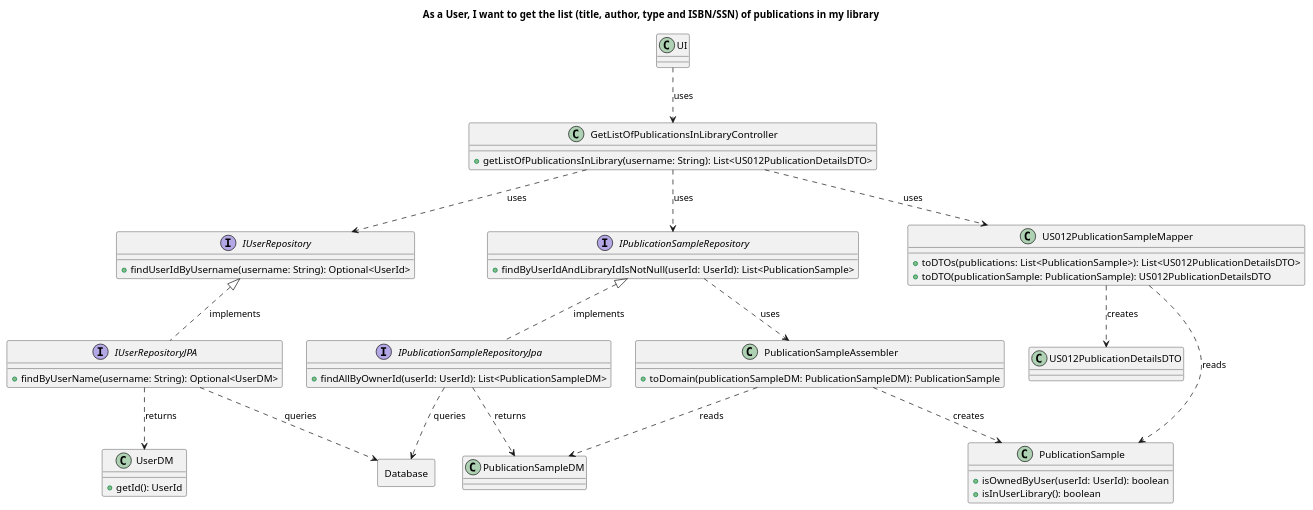
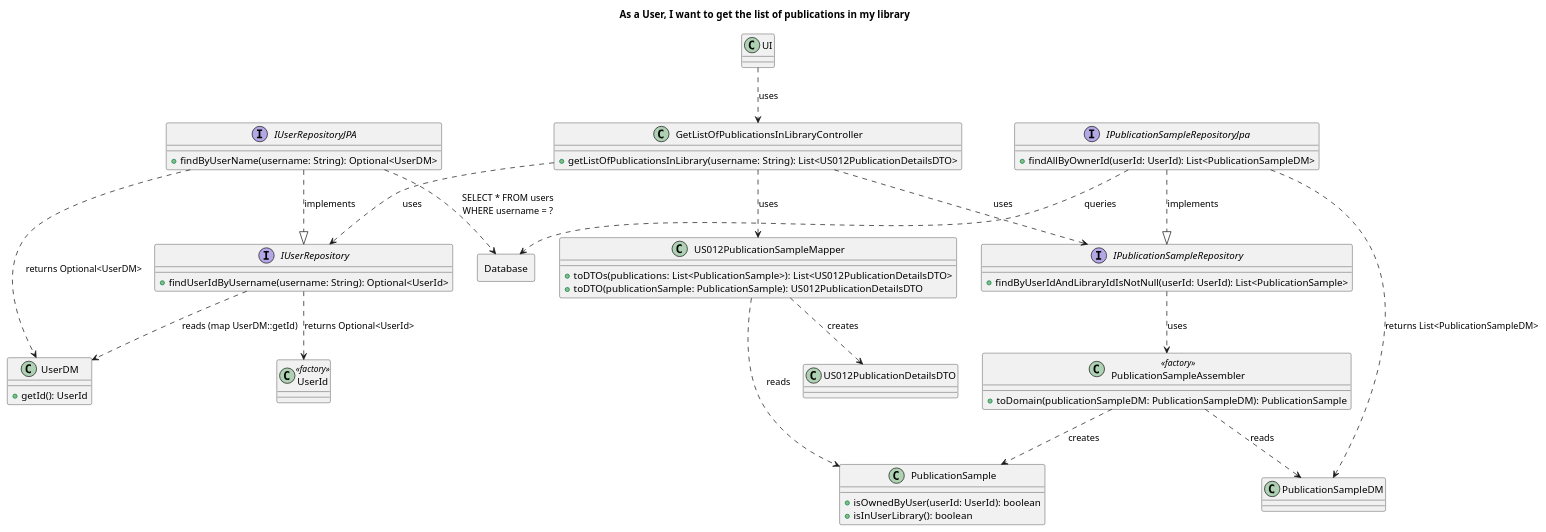
One commit to AndrePereiraGitH/SWitCH-Project-Team_A changed the diagram in Diagrams/ClassDiagrams/To-get-list-of-publications-In-My-Library.puml. Above: the diagram before and after it, drawn with PlantUML. The commit also changed 4 other files, not shown here.

Commit message:
refactor #674: Added PublicationSampleFactory to CD and SD

```diff
--- a/Diagrams/ClassDiagrams/To-get-list-of-publications-In-My-Library.puml
+++ b/Diagrams/ClassDiagrams/To-get-list-of-publications-In-My-Library.puml
@@ -1,98 +1,104 @@
 @startuml
-title As a User, I want to get the list (title, author, type and ISBN/SSN) of publications in my library
+title As a User, I want to get the list of publications in my library
 
 ' ─────────────────────────────────────────
 '  Presentation layer
 ' ─────────────────────────────────────────
 class UI {
 }
 
 ' ─────────────────────────────────────────
 '  Controller
 ' ─────────────────────────────────────────
 class GetListOfPublicationsInLibraryController {
     + getListOfPublicationsInLibrary(username: String): List<US012PublicationDetailsDTO>
 }
 
 ' ─────────────────────────────────────────
 '  User side
 ' ─────────────────────────────────────────
 interface IUserRepository {
     + findUserIdByUsername(username: String): Optional<UserId>
 }
 
 interface IUserRepositoryJPA {
     + findByUserName(username: String): Optional<UserDM>
 }
 
 class UserDM {
     + getId(): UserId
 }
 
+class UserId <<factory>> {
+}
+
 ' ─────────────────────────────────────────
 '  Publication side
 ' ─────────────────────────────────────────
 interface IPublicationSampleRepository {
     + findByUserIdAndLibraryIdIsNotNull(userId: UserId): List<PublicationSample>
 }
 
 interface IPublicationSampleRepositoryJpa {
     + findAllByOwnerId(userId: UserId): List<PublicationSampleDM>
 }
 
-class PublicationSampleAssembler {
+class PublicationSampleAssembler <<factory>> {
     + toDomain(publicationSampleDM: PublicationSampleDM): PublicationSample
 }
 
 class PublicationSample {
     + isOwnedByUser(userId: UserId): boolean
     + isInUserLibrary(): boolean
 }
 
 class PublicationSampleDM {
 }
 
 ' ─────────────────────────────────────────
 '  Mapper / DTO
 ' ─────────────────────────────────────────
 class US012PublicationSampleMapper {
     + toDTOs(publications: List<PublicationSample>): List<US012PublicationDetailsDTO>
     + toDTO(publicationSample: PublicationSample): US012PublicationDetailsDTO
 }
 
 class US012PublicationDetailsDTO {
 }
 
 ' ─────────────────────────────────────────
 '  Database
 ' ─────────────────────────────────────────
 rectangle Database {
 }
 
 ' ─────────────────────────────────────────
 '  Relationships
 ' ─────────────────────────────────────────
 
-UI ..> GetListOfPublicationsInLibraryController: uses
+UI ..> GetListOfPublicationsInLibraryController : uses
 
-GetListOfPublicationsInLibraryController ..> IUserRepository: uses
-GetListOfPublicationsInLibraryController ..> IPublicationSampleRepository: uses
-GetListOfPublicationsInLibraryController ..> US012PublicationSampleMapper: uses
+GetListOfPublicationsInLibraryController ..> IUserRepository : uses
+GetListOfPublicationsInLibraryController ..> IPublicationSampleRepository : uses
+GetListOfPublicationsInLibraryController ..> US012PublicationSampleMapper : uses
 
-IUserRepository <|.. IUserRepositoryJPA: implements
-IUserRepositoryJPA ..> UserDM: returns
-IUserRepositoryJPA ..> Database: queries
+IUserRepositoryJPA ..|> IUserRepository : implements
+IUserRepositoryJPA ..> UserDM : returns Optional<UserDM>
+IUserRepositoryJPA ..> Database : SELECT * FROM users\nWHERE username = ?
 
-IPublicationSampleRepository <|.. IPublicationSampleRepositoryJpa: implements
-IPublicationSampleRepository ..> PublicationSampleAssembler: uses
+IUserRepository ..> UserDM : reads (map UserDM::getId)
+IUserRepository ..> UserId : returns Optional<UserId>
 
-IPublicationSampleRepositoryJpa ..> PublicationSampleDM: returns
-IPublicationSampleRepositoryJpa ..> Database: queries
+IPublicationSampleRepositoryJpa ..|> IPublicationSampleRepository : implements
+IPublicationSampleRepository ..> PublicationSampleAssembler : uses
 
-PublicationSampleAssembler ..> PublicationSampleDM: reads
-PublicationSampleAssembler ..> PublicationSample: creates
+IPublicationSampleRepositoryJpa ..> PublicationSampleDM : returns List<PublicationSampleDM>
+IPublicationSampleRepositoryJpa ..> Database : queries
 
-US012PublicationSampleMapper ..> PublicationSample: reads
-US012PublicationSampleMapper ..> US012PublicationDetailsDTO: creates
+PublicationSampleAssembler ..> PublicationSampleDM : reads
+PublicationSampleAssembler ..> PublicationSample : creates
+
+US012PublicationSampleMapper ..> PublicationSample : reads
+US012PublicationSampleMapper ..> US012PublicationDetailsDTO : creates
 
 @enduml
```
